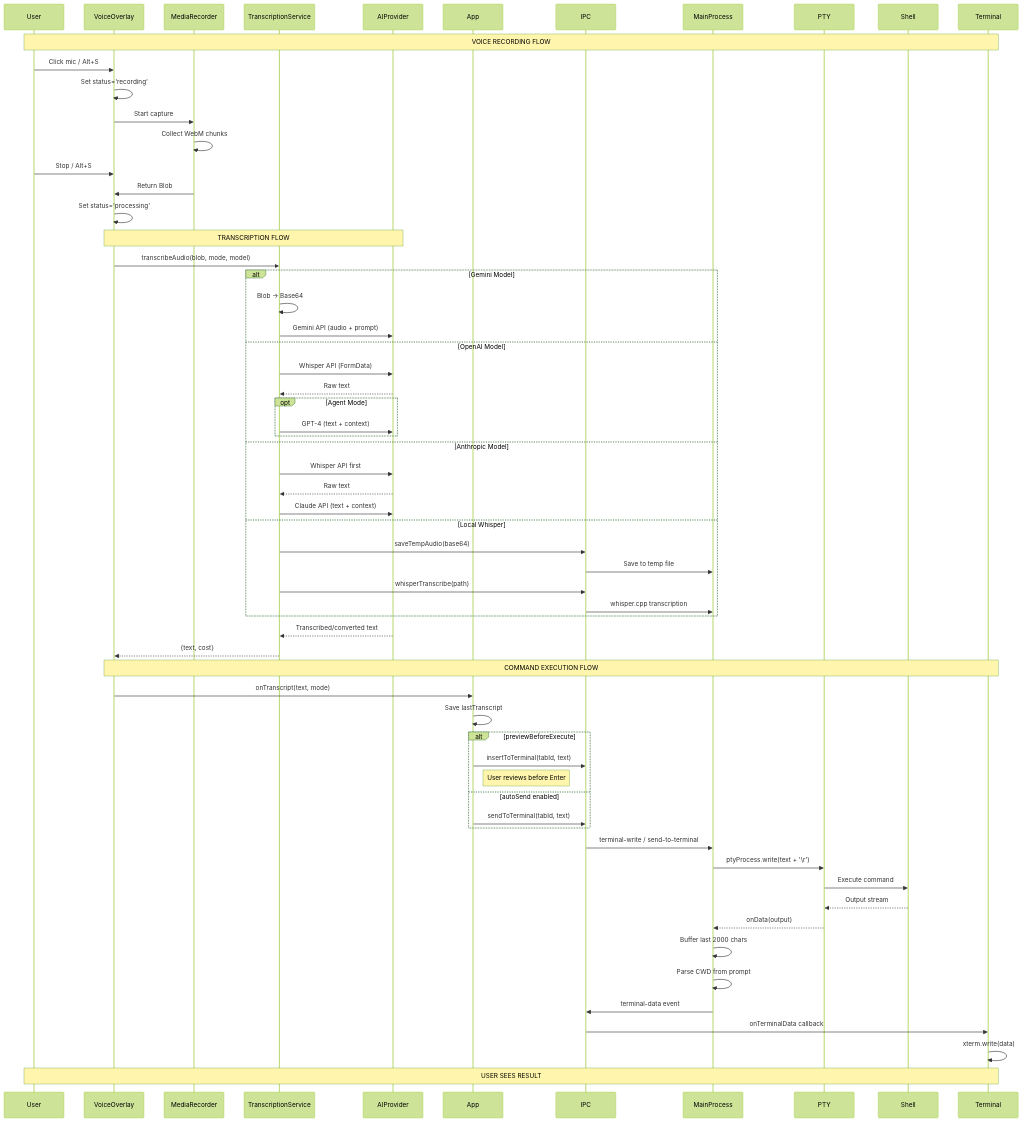
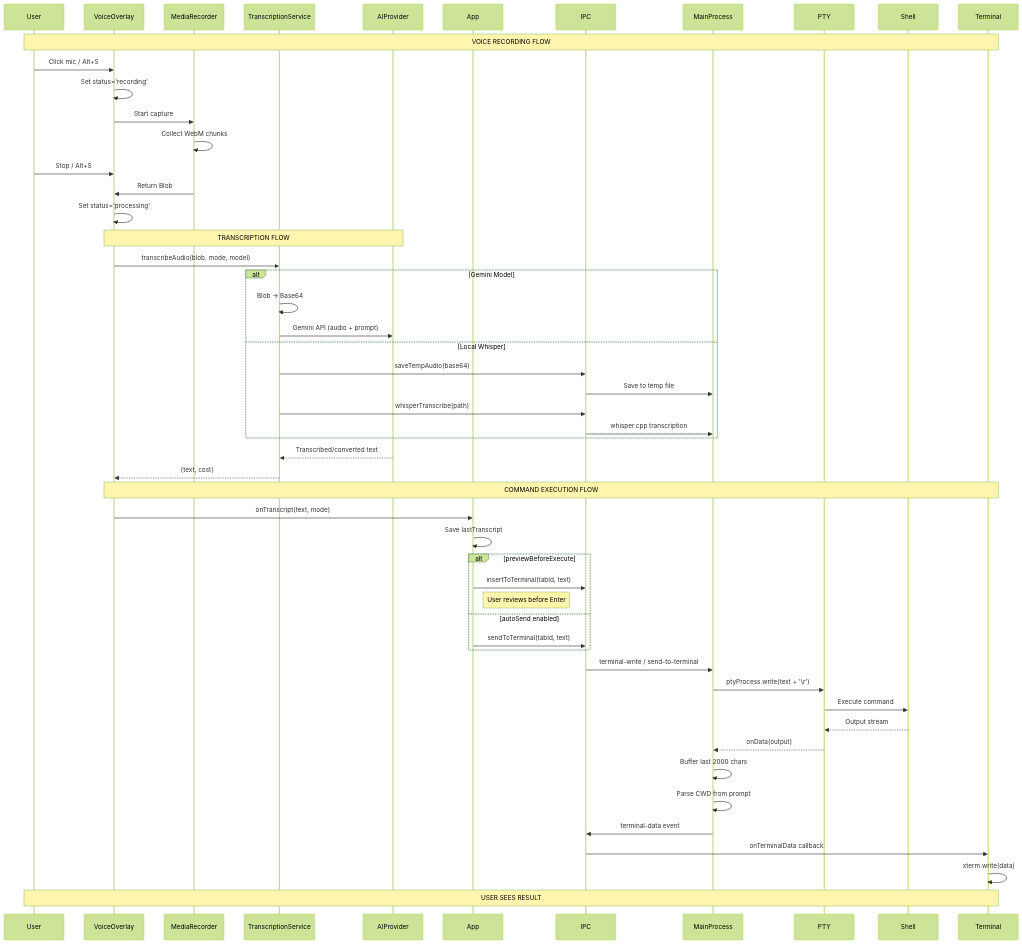
Before and after one commit to jamditis/audiobash: the second of 7 diagrams in docs/ARCHITECTURE.md, drawn with Mermaid (forest theme). The commit also changed other lines of this file and 6 other files, not shown here.

First line of the commit message:
docs: remove OpenAI and Claude/Anthropic provider references

````diff
--- a/docs/ARCHITECTURE.md
+++ b/docs/ARCHITECTURE.md
@@ -262,77 +256,67 @@
 ```mermaid
 sequenceDiagram
     participant User
     participant VoiceOverlay
     participant MediaRecorder
     participant TranscriptionService
     participant AIProvider
     participant App
     participant IPC
     participant MainProcess
     participant PTY
     participant Shell
     participant Terminal
 
     Note over User,Terminal: VOICE RECORDING FLOW
 
     User->>VoiceOverlay: Click mic / Alt+S
     VoiceOverlay->>VoiceOverlay: Set status='recording'
     VoiceOverlay->>MediaRecorder: Start capture
     MediaRecorder->>MediaRecorder: Collect WebM chunks
 
     User->>VoiceOverlay: Stop / Alt+S
     MediaRecorder->>VoiceOverlay: Return Blob
     VoiceOverlay->>VoiceOverlay: Set status='processing'
 
     Note over VoiceOverlay,AIProvider: TRANSCRIPTION FLOW
 
     VoiceOverlay->>TranscriptionService: transcribeAudio(blob, mode, model)
 
     alt Gemini Model
         TranscriptionService->>TranscriptionService: Blob → Base64
         TranscriptionService->>AIProvider: Gemini API (audio + prompt)
-    else OpenAI Model
-        TranscriptionService->>AIProvider: Whisper API (FormData)
-        AIProvider-->>TranscriptionService: Raw text
-        opt Agent Mode
-            TranscriptionService->>AIProvider: GPT-4 (text + context)
-        end
-    else Anthropic Model
-        TranscriptionService->>AIProvider: Whisper API first
-        AIProvider-->>TranscriptionService: Raw text
-        TranscriptionService->>AIProvider: Claude API (text + context)
     else Local Whisper
         TranscriptionService->>IPC: saveTempAudio(base64)
         IPC->>MainProcess: Save to temp file
         TranscriptionService->>IPC: whisperTranscribe(path)
         IPC->>MainProcess: whisper.cpp transcription
     end
 
     AIProvider-->>TranscriptionService: Transcribed/converted text
     TranscriptionService-->>VoiceOverlay: {text, cost}
 
     Note over VoiceOverlay,Terminal: COMMAND EXECUTION FLOW
 
     VoiceOverlay->>App: onTranscript(text, mode)
     App->>App: Save lastTranscript
 
     alt previewBeforeExecute
         App->>IPC: insertToTerminal(tabId, text)
         Note right of App: User reviews before Enter
     else autoSend enabled
         App->>IPC: sendToTerminal(tabId, text)
     end
 
     IPC->>MainProcess: terminal-write / send-to-terminal
     MainProcess->>PTY: ptyProcess.write(text + '\r')
     PTY->>Shell: Execute command
     Shell-->>PTY: Output stream
     PTY-->>MainProcess: onData(output)
     MainProcess->>MainProcess: Buffer last 2000 chars
     MainProcess->>MainProcess: Parse CWD from prompt
     MainProcess->>IPC: terminal-data event
     IPC->>Terminal: onTerminalData callback
     Terminal->>Terminal: xterm.write(data)
 
     Note over User,Terminal: USER SEES RESULT
 ```
````
